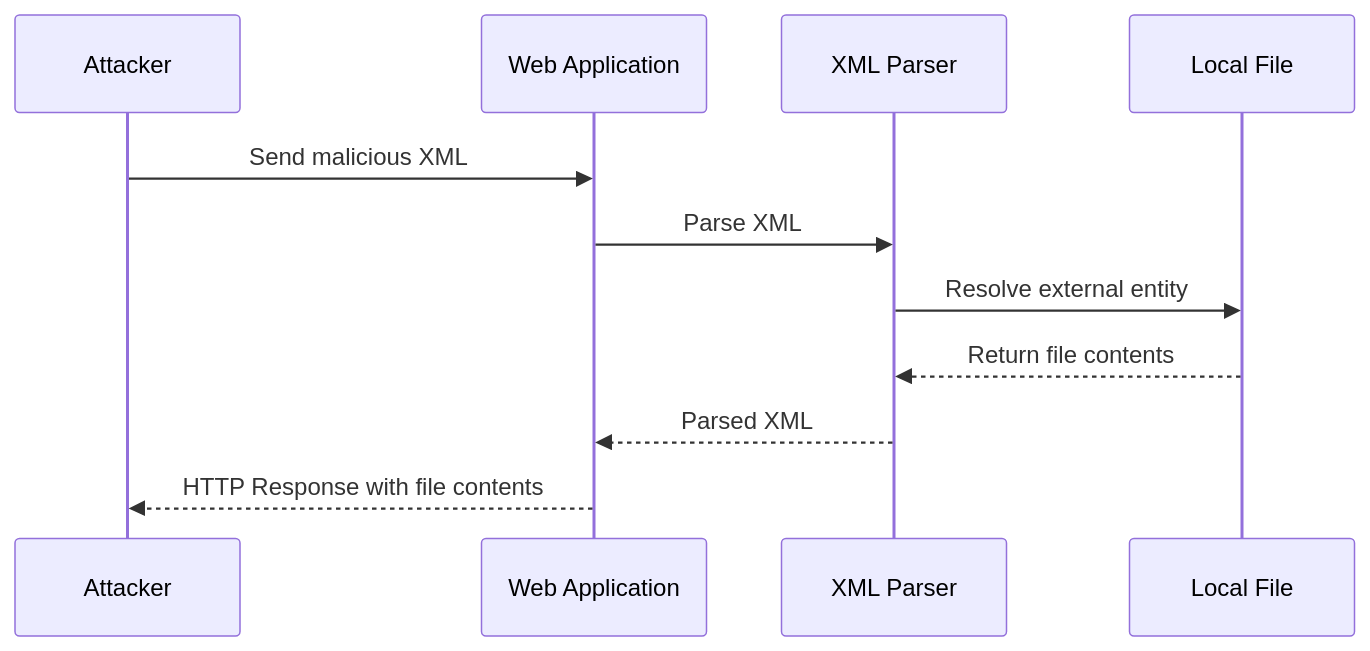
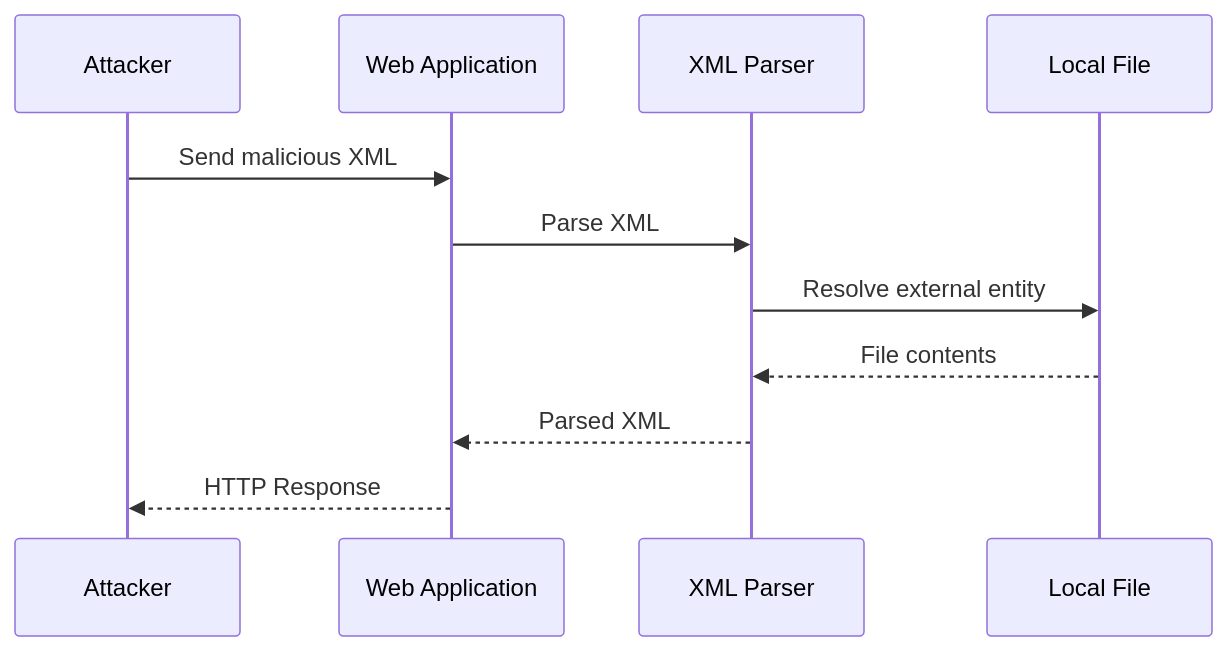
The fourth of 15 diagrams in content/Initial Access/OWASP/XML/XXE.md (adolfcna/ATTvDEF), drawn with Mermaid before and after one commit. The commit also changed other lines of this file, not shown here.

````diff
--- a/content/Initial Access/OWASP/XML/XXE.md
+++ b/content/Initial Access/OWASP/XML/XXE.md
@@ -228,14 +359,14 @@
 ```mermaid
 sequenceDiagram
     participant A as Attacker
     participant W as Web Application
     participant P as XML Parser
     participant F as Local File
 
     A->>W: Send malicious XML
     W->>P: Parse XML
     P->>F: Resolve external entity
-    F-->>P: Return file contents
+    F-->>P: File contents
     P-->>W: Parsed XML
-    W-->>A: HTTP Response with file contents
+    W-->>A: HTTP Response
 ```
````
